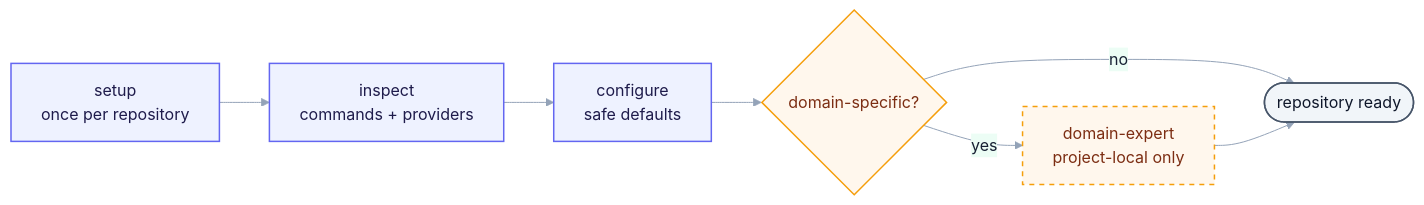
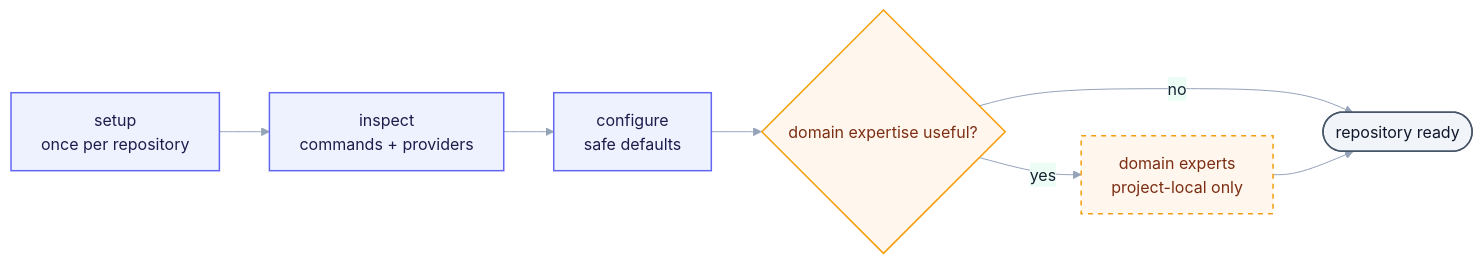
One commit to Igloczek/skills changed the first of 2 diagrams in README.md. Above: the diagram before and after it, drawn with Mermaid. The commit also changed other lines of this file and 18 other files, not shown here.

````diff
--- a/README.md
+++ b/README.md
@@ -49,19 +50,19 @@
 ```mermaid
 %%{init: {"theme":"base","themeVariables":{"fontFamily":"ui-sans-serif,system-ui,sans-serif","lineColor":"#94a3b8","primaryColor":"#eef2ff","primaryTextColor":"#172033","primaryBorderColor":"#6366f1","secondaryColor":"#ecfdf5","tertiaryColor":"#fff7ed"}}}%%
 flowchart LR
     setup["setup<br/>once per repository"] --> inspect["inspect<br/>commands + providers"]
     inspect --> configure["configure<br/>safe defaults"]
-    configure --> domain{"domain-specific?"}
-    domain -->|yes| domain_expert["domain-expert<br/>project-local only"]
+    configure --> domain{"domain expertise useful?"}
+    domain -->|yes| domain_experts["domain experts<br/>project-local only"]
     domain -->|no| ready(["repository ready"])
-    domain_expert --> ready
+    domain_experts --> ready
 
     classDef core fill:#eef2ff,stroke:#6366f1,color:#1e1b4b,stroke-width:1.5px;
     classDef decision fill:#fff7ed,stroke:#f59e0b,color:#7c2d12,stroke-width:1.5px;
     classDef local fill:#fff7ed,stroke:#f59e0b,color:#7c2d12,stroke-width:1.5px,stroke-dasharray:5 5;
     classDef terminal fill:#f1f5f9,stroke:#475569,color:#0f172a,stroke-width:1.5px;
     class setup,inspect,configure core;
     class domain decision;
-    class domain_expert local;
+    class domain_experts local;
     class ready terminal;
 ```
````
